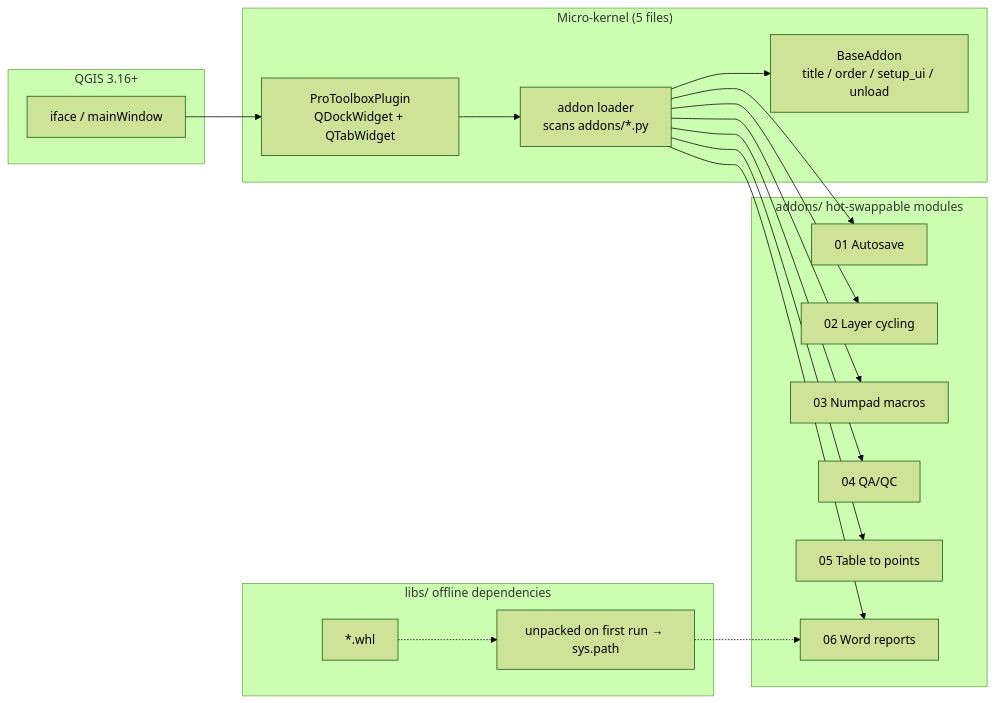
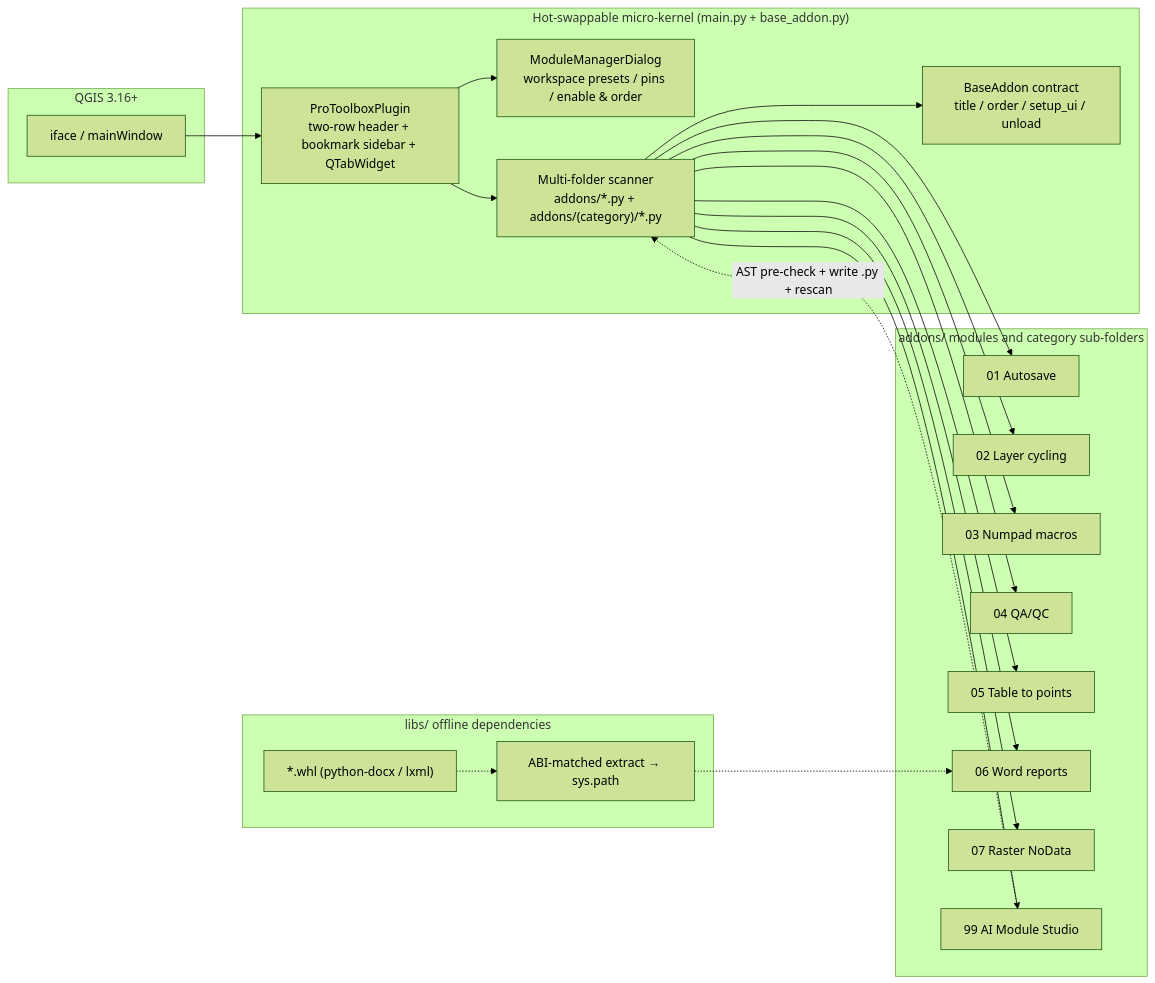
The diagram in README.md (KGSINYA/qgis-pro-toolbox), drawn with Mermaid (forest theme) before and after one commit. The commit also changed other lines of this file and 3 other files, not shown here.

````diff
--- a/README.md
+++ b/README.md
@@ -102,33 +118,38 @@
 ```mermaid
 flowchart LR
     subgraph QGIS["QGIS 3.16+"]
         IFACE["iface / mainWindow"]
     end
 
-    subgraph CORE["Micro-kernel (5 files)"]
-        PLUGIN["ProToolboxPlugin<br/>QDockWidget + QTabWidget"]
-        LOADER["addon loader<br/>scans addons/*.py"]
-        BASE["BaseAddon<br/>title / order / setup_ui / unload"]
+    subgraph CORE["Hot-swappable micro-kernel (main.py + base_addon.py)"]
+        PLUGIN["ProToolboxPlugin<br/>two-row header + bookmark sidebar + QTabWidget"]
+        MANAGER["ModuleManagerDialog<br/>workspace presets / pins / enable & order"]
+        LOADER["Multi-folder scanner<br/>addons/*.py + addons/(category)/*.py"]
+        BASE["BaseAddon contract<br/>title / order / setup_ui / unload"]
     end
 
-    subgraph ADDONS["addons/ hot-swappable modules"]
+    subgraph ADDONS["addons/ modules and category sub-folders"]
         A1["01 Autosave"]
         A2["02 Layer cycling"]
         A3["03 Numpad macros"]
         A4["04 QA/QC"]
         A5["05 Table to points"]
         A6["06 Word reports"]
+        A7["07 Raster NoData"]
+        A99["99 AI Module Studio"]
     end
 
     subgraph LIBS["libs/ offline dependencies"]
-        WHL["*.whl"]
-        EXT["unpacked on first run → sys.path"]
+        WHL["*.whl (python-docx / lxml)"]
+        EXT["ABI-matched extract → sys.path"]
     end
 
     IFACE --> PLUGIN
+    PLUGIN --> MANAGER
     PLUGIN --> LOADER
     LOADER --> BASE
-    LOADER --> A1 & A2 & A3 & A4 & A5 & A6
+    LOADER --> A1 & A2 & A3 & A4 & A5 & A6 & A7 & A99
+    A99 -.->|"AST pre-check + write .py + rescan"| LOADER
     WHL -.-> EXT
     EXT -.-> A6
 ```
````
